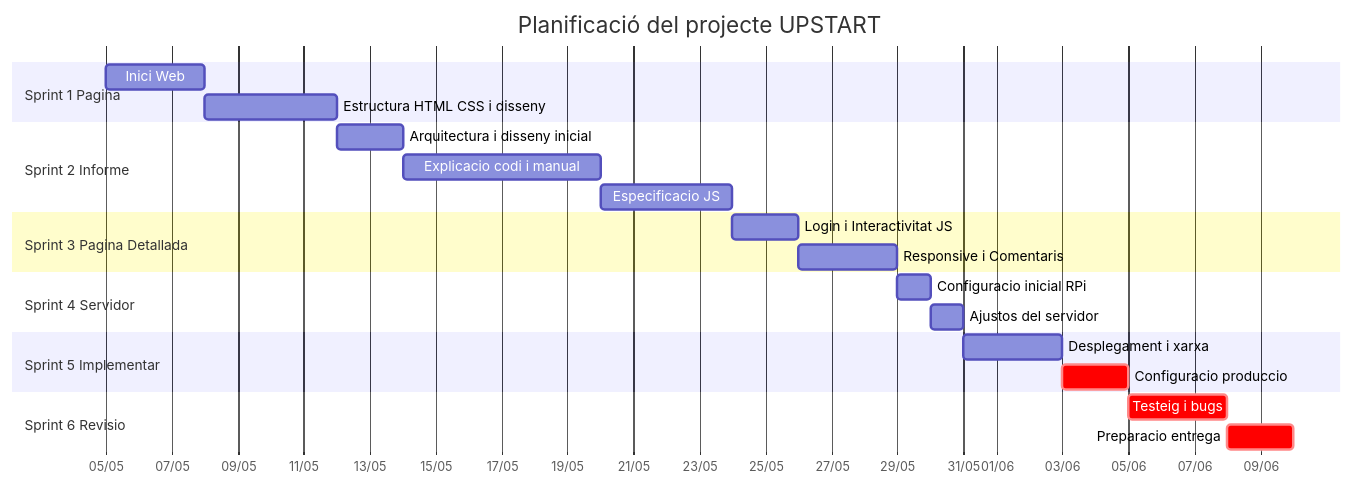
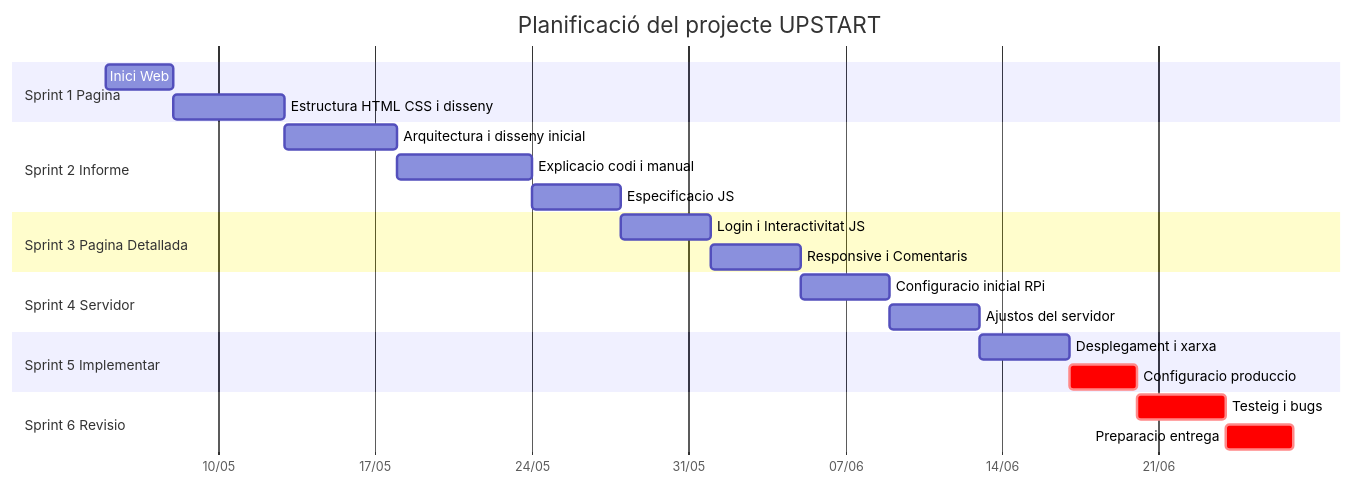
The diagram in README.md (Sukhdeep777/upstart), drawn with Mermaid before and after one commit.

````diff
--- a/README.md
+++ b/README.md
@@ -2,31 +2,31 @@
 ```mermaid
 gantt
     title Planificació del projecte UPSTART
     dateFormat  YYYY-MM-DD
     axisFormat  %d/%m
 
     section Sprint 1 Pagina
     Inici Web :s1t1, 2026-05-05, 3d
-    Estructura HTML CSS i disseny  :s1t2, after s1t1, 4d
+    Estructura HTML CSS i disseny  :s1t2, after s1t1, 5d
 
     section Sprint 2 Informe
-    Arquitectura i disseny inicial :s2t1, after s1t2, 2d
+    Arquitectura i disseny inicial :s2t1, after s1t2, 5d
     Explicacio codi i manual       :s2t2, after s2t1, 6d
     Especificacio JS               :s2t3, after s2t2, 4d
 
     section Sprint 3 Pagina Detallada
-    Login i Interactivitat JS      :s3t1, after s2t3, 2d
-    Responsive i Comentaris        :s3t2, after s3t1, 3d
+    Login i Interactivitat JS      :s3t1, after s2t3, 4d
+    Responsive i Comentaris        :s3t2, after s3t1, 4d
 
     section Sprint 4 Servidor
-    Configuracio inicial RPi       :s4t1, after s3t2, 1d
-    Ajustos del servidor           :s4t2, after s4t1, 1d
+    Configuracio inicial RPi       :s4t1, after s3t2, 4d
+    Ajustos del servidor           :s4t2, after s4t1, 4d
 
     section Sprint 5 Implementar
-    Desplegament i xarxa           :s5t1, after s4t2, 3d
-    Configuracio produccio         :crit, s5t2, after s5t1, 2d
+    Desplegament i xarxa           :s5t1, after s4t2, 4d
+    Configuracio produccio         :crit, s5t2, after s5t1, 3d
 
     section Sprint 6 Revisio
-    Testeig i bugs                 :crit, s6t1, after s5t2, 3d
-    Preparacio entrega             :crit, s6t2, after s6t1, 2d
+    Testeig i bugs                 :crit, s6t1, after s5t2, 4d
+    Preparacio entrega             :crit, s6t2, after s6t1, 3d
 ```
````
